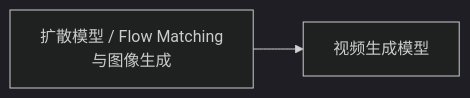
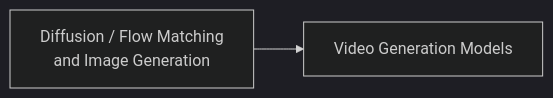
The diagram in docs/multimodal/04-generation/README.md (oneleaveknowsthefall/awesome-ai-roadmap), drawn with Mermaid (dark theme) before and after one commit. The commit also changed other lines of this file and 92 other files, not shown here.

````diff
--- a/docs/multimodal/04-generation/README.md
+++ b/docs/multimodal/04-generation/README.md
@@ -16,4 +16,4 @@
 ```mermaid
 flowchart LR
-    D[扩散模型 / Flow Matching<br/>与图像生成] --> V[视频生成模型]
+    D[Diffusion / Flow Matching<br/>and Image Generation] --> V[Video Generation Models]
 ```
````
